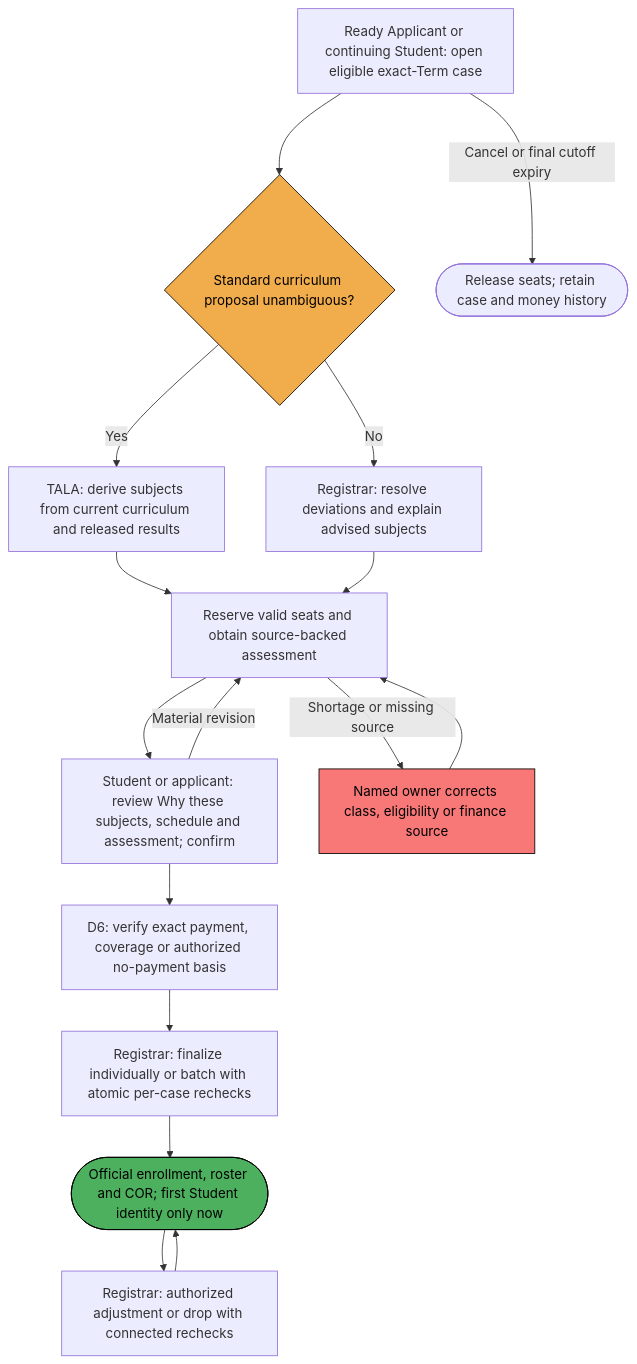
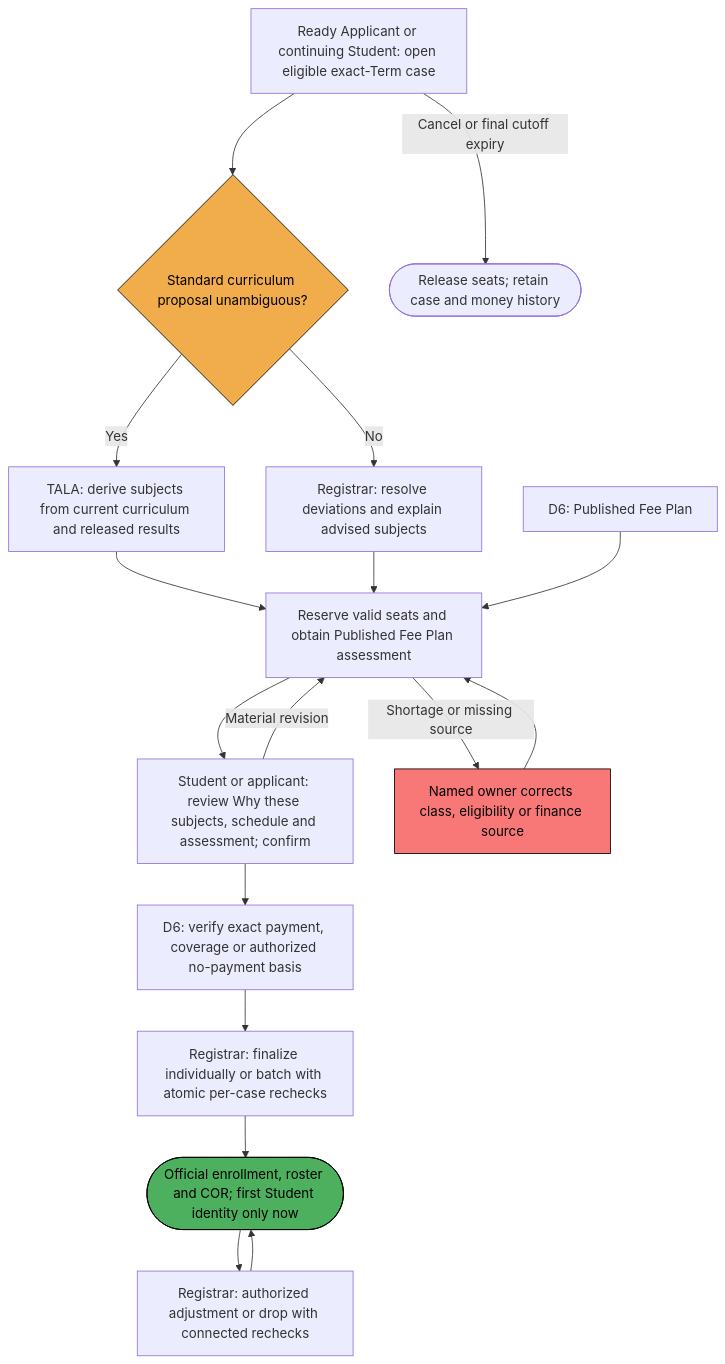
Before and after one commit to yosoykyle/SIA-TALA: the fifth of 7 diagrams in 00_Project_Documents/TALA-System-Lifecycle-Flowchart.md, drawn with Mermaid. The commit also changed other lines of this file and 288 other files, not shown here.

````diff
--- a/00_Project_Documents/TALA-System-Lifecycle-Flowchart.md
+++ b/00_Project_Documents/TALA-System-Lifecycle-Flowchart.md
@@ -160,25 +183,26 @@
 ```mermaid
 flowchart TB
   PERSON["Ready Applicant or continuing Student: open eligible exact-Term case"]
   PERSON --> STANDARD{"Standard curriculum proposal unambiguous?"}
   STANDARD -->|Yes| DERIVE["TALA: derive subjects from current curriculum and released results"]
   STANDARD -->|No| ADVISE["Registrar: resolve deviations and explain advised subjects"]
-  DERIVE --> PREPARE["Reserve valid seats and obtain source-backed assessment"]
+  DERIVE --> PREPARE["Reserve valid seats and obtain Published Fee Plan assessment"]
   ADVISE --> PREPARE
+  FEEPLAN["D6: Published Fee Plan"] --> PREPARE
   PREPARE --> CONFIRM["Student or applicant: review Why these subjects, schedule and assessment; confirm"]
   CONFIRM --> MONEY["D6: verify exact payment, coverage or authorized no-payment basis"]
   MONEY --> FINAL["Registrar: finalize individually or batch with atomic per-case rechecks"]
   FINAL --> OFFICIAL(["Official enrollment, roster and COR; first Student identity only now"])
   PREPARE -->|Shortage or missing source| FIX["Named owner corrects class, eligibility or finance source"]
   FIX --> PREPARE
   CONFIRM -->|Material revision| PREPARE
   PERSON -->|Cancel or final cutoff expiry| CLOSED(["Release seats; retain case and money history"])
   OFFICIAL --> CHANGE["Registrar: authorized adjustment or drop with connected rechecks"]
   CHANGE --> OFFICIAL
   classDef askBox fill:#F1AC4B,stroke:#000000,color:#000000;
   classDef warnBox fill:#F87777,stroke:#000000,color:#000000;
   classDef paperBox fill:#4CB05E,stroke:#000000,color:#000000;
   class STANDARD askBox;
   class FIX warnBox;
   class OFFICIAL paperBox;
 ```
````
